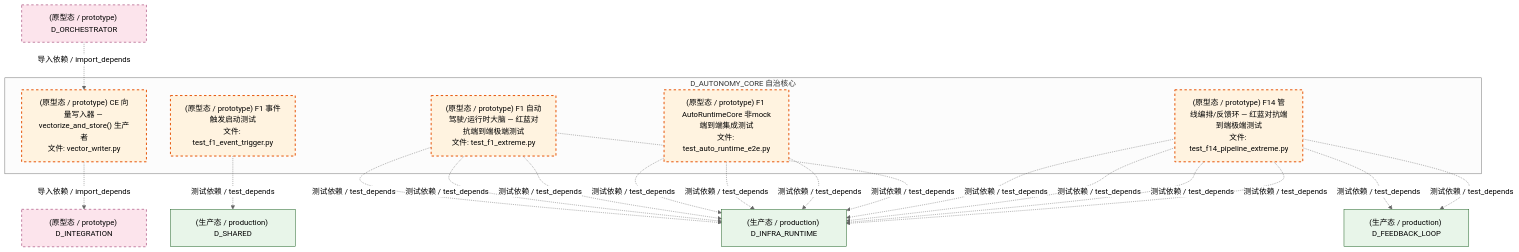
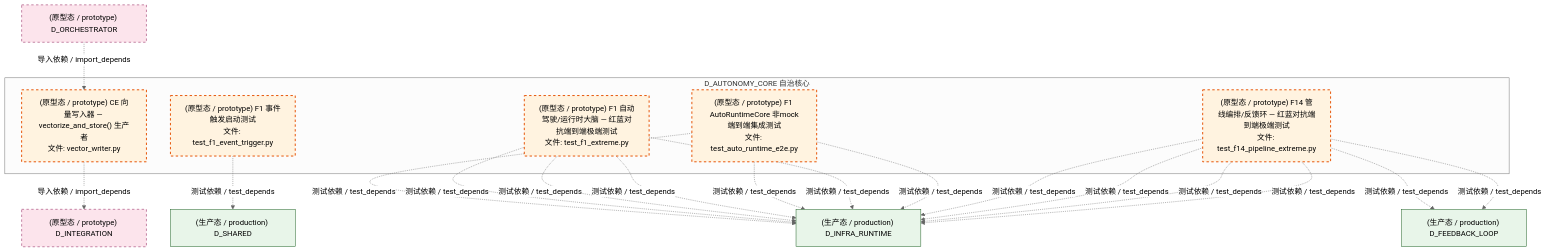
One commit to xuanFelixVan/ZephyrAlpha changed the seventh of 8 diagrams in docs/02_enterprise_architecture/02_domain_architecture_docs/07_d_autonomy_core.md. Above: the diagram before and after it, drawn with Mermaid (neutral theme). The commit also changed other lines of this file and 88 other files, not shown here.

````diff
--- a/docs/02_enterprise_architecture/02_domain_architecture_docs/07_d_autonomy_core.md
+++ b/docs/02_enterprise_architecture/02_domain_architecture_docs/07_d_autonomy_core.md
@@ -744,38 +744,38 @@
 ```mermaid
 graph TD
     subgraph D_AUTONOMY_CORE["D_AUTONOMY_CORE 自治核心"]
         src_zephyr_integration_vector_memory_vector_writer_py["(原型态 / prototype) CE 向量写入器 — vectorize_and_store() 生产者<br/>文件: vector_writer.py"]
         tests_automation_test_auto_runtime_e2e_py["(原型态 / prototype) F1 AutoRuntimeCore 非mock端到端集成测试<br/>文件: test_auto_runtime_e2e.py"]
         tests_f_lifecycle_test_f1_event_trigger_py["(原型态 / prototype) F1 事件触发启动测试<br/>文件: test_f1_event_trigger.py"]
         tests_trading_extreme_test_f14_pipeline_extreme_py["(原型态 / prototype) F14 管线编排/反馈环 — 红蓝对抗端到端极端测试<br/>文件: test_f14_pipeline_extreme.py"]
         tests_trading_extreme_test_f1_extreme_py["(原型态 / prototype) F1 自动驾驶/运行时大脑 — 红蓝对抗端到端极端测试<br/>文件: test_f1_extreme.py"]
     end
     D_INFRA_RUNTIME["(生产态 / production) D_INFRA_RUNTIME"]
     tests_trading_extreme_test_f14_pipeline_extreme_py -.->|测试依赖 / test_depends| D_INFRA_RUNTIME
     D_FEEDBACK_LOOP["(生产态 / production) D_FEEDBACK_LOOP"]
     tests_trading_extreme_test_f14_pipeline_extreme_py -.->|测试依赖 / test_depends| D_FEEDBACK_LOOP
     tests_trading_extreme_test_f14_pipeline_extreme_py -.->|测试依赖 / test_depends| D_INFRA_RUNTIME
     tests_trading_extreme_test_f14_pipeline_extreme_py -.->|测试依赖 / test_depends| D_INFRA_RUNTIME
     tests_trading_extreme_test_f14_pipeline_extreme_py -.->|测试依赖 / test_depends| D_INFRA_RUNTIME
+    tests_automation_test_auto_runtime_e2e_py -.->|测试依赖 / test_depends| D_INFRA_RUNTIME
+    tests_trading_extreme_test_f1_extreme_py -.->|测试依赖 / test_depends| D_INFRA_RUNTIME
+    tests_trading_extreme_test_f14_pipeline_extreme_py -.->|测试依赖 / test_depends| D_FEEDBACK_LOOP
     D_SHARED["(生产态 / production) D_SHARED"]
     tests_f_lifecycle_test_f1_event_trigger_py -.->|测试依赖 / test_depends| D_SHARED
-    tests_trading_extreme_test_f1_extreme_py -.->|测试依赖 / test_depends| D_INFRA_RUNTIME
-    tests_automation_test_auto_runtime_e2e_py -.->|测试依赖 / test_depends| D_INFRA_RUNTIME
     D_INTEGRATION["(原型态 / prototype) D_INTEGRATION"]
     src_zephyr_integration_vector_memory_vector_writer_py -.->|导入依赖 / import_depends| D_INTEGRATION
     tests_automation_test_auto_runtime_e2e_py -.->|测试依赖 / test_depends| D_INFRA_RUNTIME
-    tests_automation_test_auto_runtime_e2e_py -.->|测试依赖 / test_depends| D_INFRA_RUNTIME
-    tests_trading_extreme_test_f14_pipeline_extreme_py -.->|测试依赖 / test_depends| D_FEEDBACK_LOOP
     tests_trading_extreme_test_f1_extreme_py -.->|测试依赖 / test_depends| D_INFRA_RUNTIME
     tests_trading_extreme_test_f1_extreme_py -.->|测试依赖 / test_depends| D_INFRA_RUNTIME
     tests_trading_extreme_test_f1_extreme_py -.->|测试依赖 / test_depends| D_INFRA_RUNTIME
+    tests_automation_test_auto_runtime_e2e_py -.->|测试依赖 / test_depends| D_INFRA_RUNTIME
     D_ORCHESTRATOR["(原型态 / prototype) D_ORCHESTRATOR"]
     D_ORCHESTRATOR -.->|导入依赖 / import_depends| src_zephyr_integration_vector_memory_vector_writer_py
     classDef production fill:#e1f5fe,stroke:#01579b,stroke-width:2px,color:#000
     classDef design fill:#fff3e0,stroke:#e65100,stroke-width:2px,color:#000,stroke-dasharray: 5 5
     classDef external_prod fill:#e8f5e9,stroke:#1b5e20,stroke-width:1px,color:#000
     classDef external_design fill:#fce4ec,stroke:#880e4f,stroke-width:1px,color:#000,stroke-dasharray: 5 5
     class src_zephyr_integration_vector_memory_vector_writer_py,tests_automation_test_auto_runtime_e2e_py,tests_f_lifecycle_test_f1_event_trigger_py,tests_trading_extreme_test_f14_pipeline_extreme_py,tests_trading_extreme_test_f1_extreme_py design
     class D_INFRA_RUNTIME,D_FEEDBACK_LOOP,D_SHARED external_prod
     class D_INTEGRATION,D_ORCHESTRATOR external_design
 ```
````
